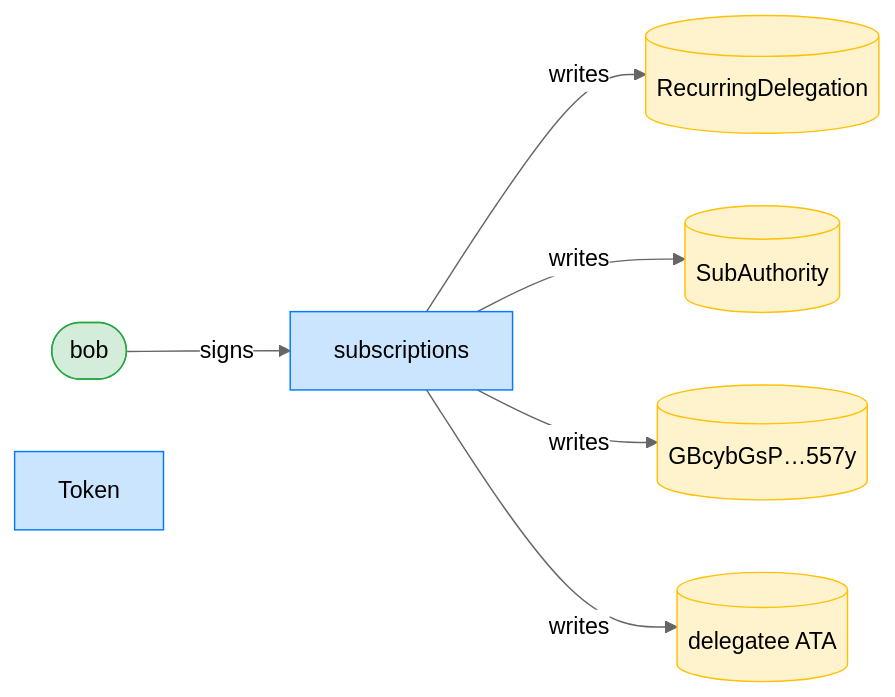
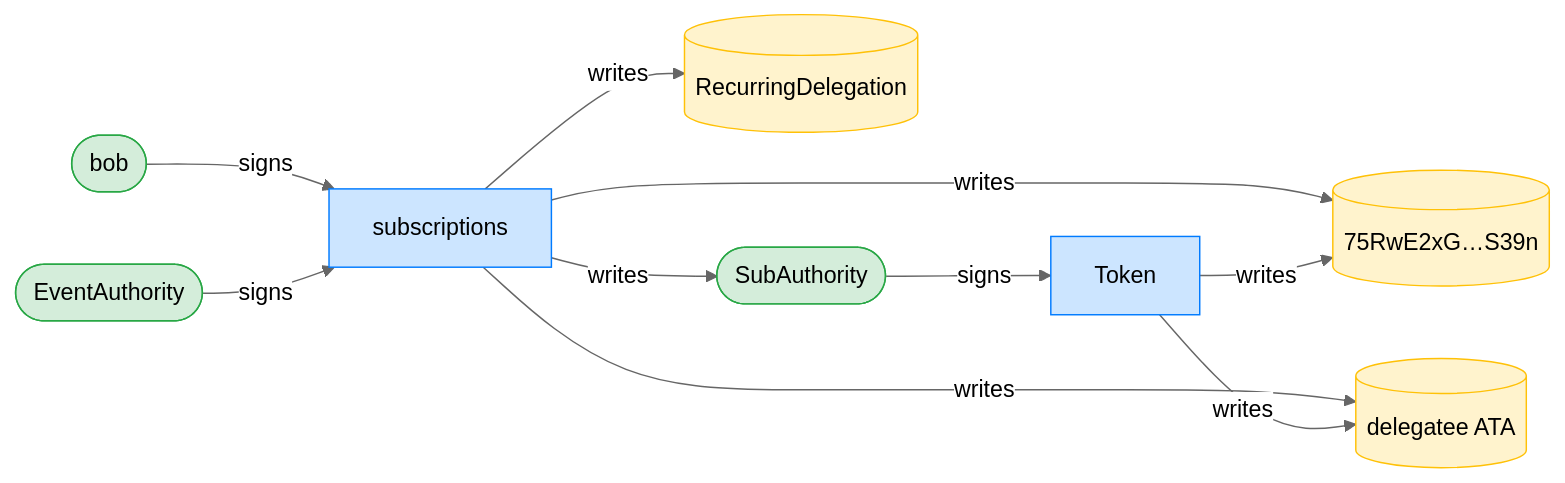
Before and after one commit to cds-rs/subscriptions: diagram 11 of 12 in dsl_tests/sentinel-start-begins-at-landing.md, drawn with Mermaid (neutral theme). The commit also changed other lines of this file and 224 other files, not shown here.

````diff
--- a/dsl_tests/sentinel-start-begins-at-landing.md
+++ b/dsl_tests/sentinel-start-begins-at-landing.md
@@ -218,18 +227,23 @@
 ```mermaid
 flowchart LR
     classDef signer fill:#d4edda,stroke:#28a745;
     classDef program fill:#cce5ff,stroke:#007bff;
     classDef writable fill:#fff3cd,stroke:#ffc107;
     subscriptions[subscriptions]:::program
     RecurringDelegation[(RecurringDelegation)]:::writable
-    SubAuthority[(SubAuthority)]:::writable
-    GBcybGsP_557y[("GBcybGsP…557y")]:::writable
+    SubAuthority([SubAuthority]):::signer
+    75RwE2xG_S39n[("75RwE2xG…S39n")]:::writable
     delegatee_ATA[("delegatee ATA")]:::writable
     bob([bob]):::signer
     Token[Token]:::program
+    EventAuthority([EventAuthority]):::signer
     bob -->|signs| subscriptions
+    SubAuthority -->|signs| Token
+    EventAuthority -->|signs| subscriptions
     subscriptions -->|writes| RecurringDelegation
     subscriptions -->|writes| SubAuthority
-    subscriptions -->|writes| GBcybGsP_557y
+    subscriptions -->|writes| 75RwE2xG_S39n
     subscriptions -->|writes| delegatee_ATA
+    Token -->|writes| 75RwE2xG_S39n
+    Token -->|writes| delegatee_ATA
 ```
````
